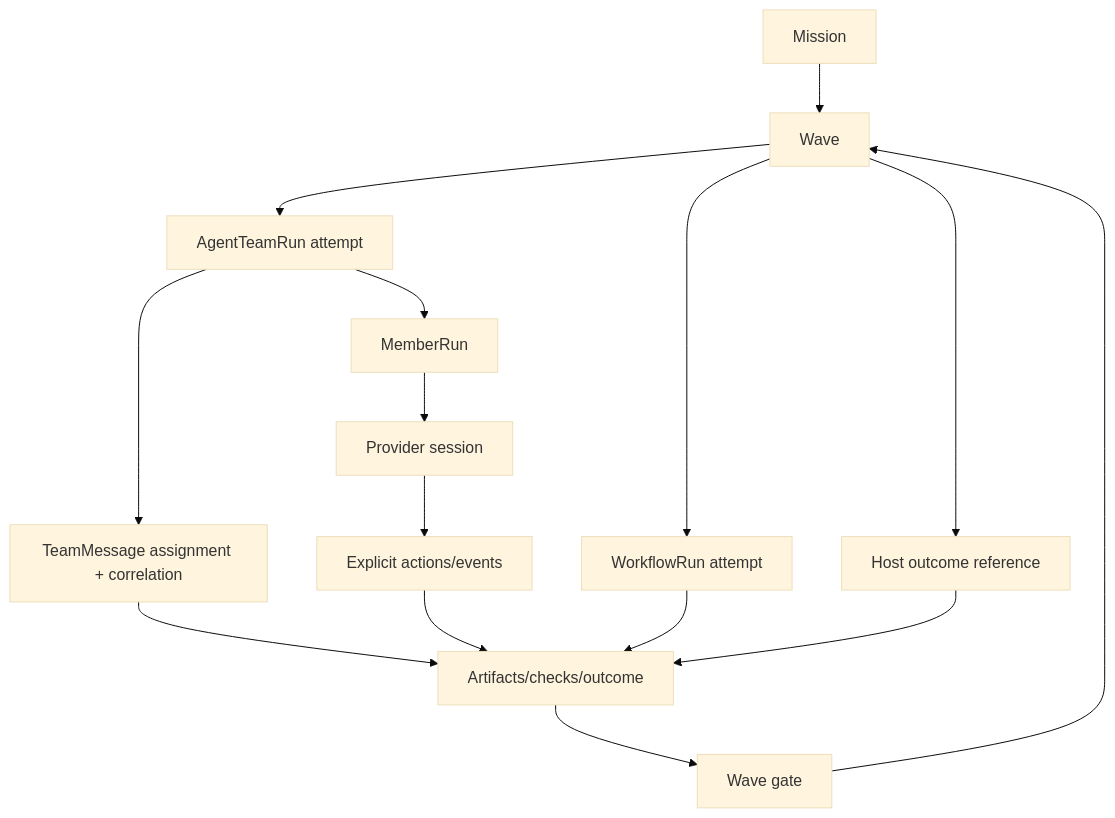
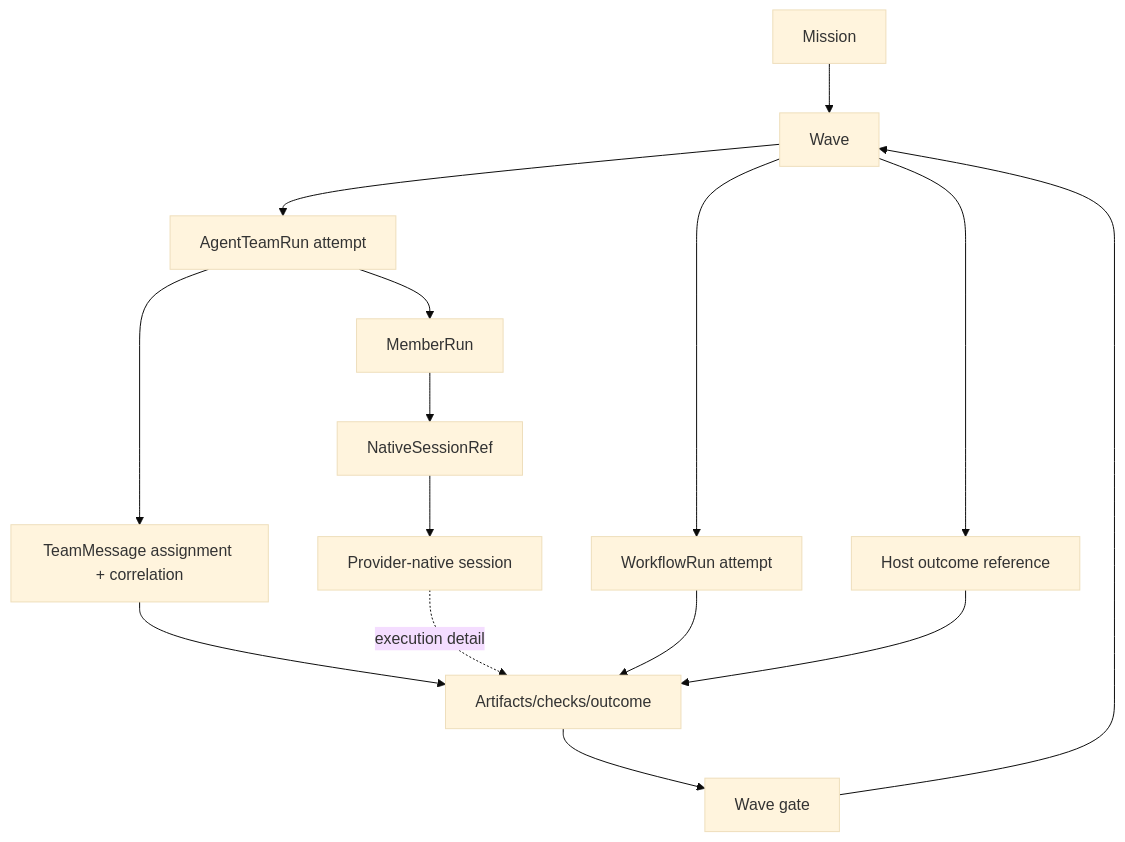
One commit to cyl19970726/multi-agent-harness changed the diagram in docs/data-model.md. Above: the diagram before and after it, drawn with Mermaid (base theme). The commit also changed other lines of this file and 64 other files, not shown here.

Commit message:
feat(agent-team): harden interactive providers and native session truth

````diff
--- a/docs/data-model.md
+++ b/docs/data-model.md
@@ -60,17 +62,17 @@
 ```mermaid
 flowchart TD
   Mission[Mission] --> Wave[Wave]
   Wave --> TeamRun[AgentTeamRun attempt]
   Wave --> WorkflowRun[WorkflowRun attempt]
   Wave --> HostRun[Host outcome reference]
   TeamRun --> TeamMsg[TeamMessage assignment + correlation]
   TeamRun --> Member[MemberRun]
-  Member --> Session[Provider session]
-  Session --> Event[Explicit actions/events]
+  Member --> Binding[NativeSessionRef]
+  Binding --> Session[Provider-native session]
   TeamMsg --> Artifact[Artifacts/checks/outcome]
-  Event --> Artifact
+  Session -. execution detail .-> Artifact
   WorkflowRun --> Artifact
   HostRun --> Artifact
   Artifact --> Gate[Wave gate]
   Gate --> Wave
 ```
````
